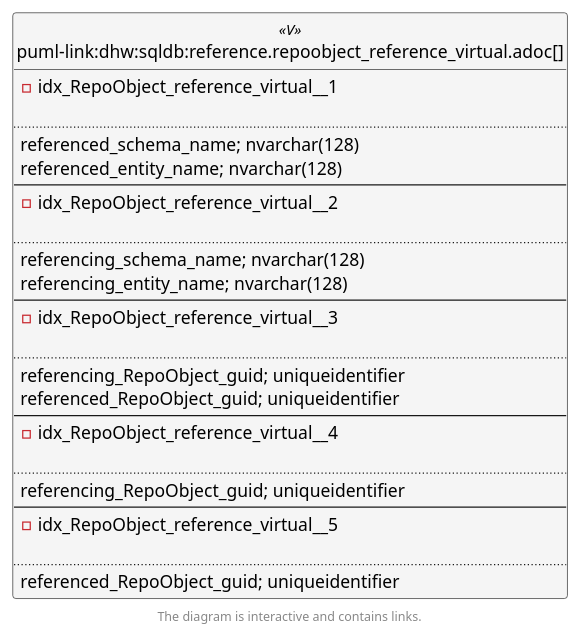
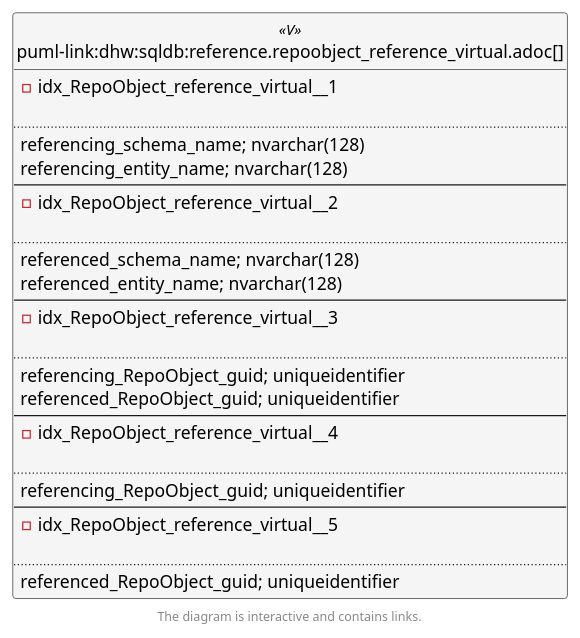
Before and after one commit to DataHandwerk/dhw-antora-sqldb: the second of 6 diagrams in docs/modules/sqldb/partials/content/reference.repoobject_reference_virtual.adoc, drawn with PlantUML. The commit also changed other lines of this file and 701 other files, not shown here.

```diff
--- a/docs/modules/sqldb/partials/content/reference.repoobject_reference_virtual.adoc
+++ b/docs/modules/sqldb/partials/content/reference.repoobject_reference_virtual.adoc
@@ -852,66 +852,66 @@
 [plantuml, entity_1_1_fk-{docname}, svg, subs=macros]
 ....
 @startuml
 left to right direction
 'top to bottom direction
 hide circle
 'avoide "." issues:
 set namespaceSeparator none
 
 
 skinparam class {
   BackgroundColor White
   BackgroundColor<<FN>> Yellow
   BackgroundColor<<FS>> Yellow
   BackgroundColor<<FT>> LightGray
   BackgroundColor<<IF>> Yellow
   BackgroundColor<<IS>> Yellow
   BackgroundColor<<P>>  Aqua
   BackgroundColor<<PC>> Aqua
   BackgroundColor<<SN>> Yellow
   BackgroundColor<<SO>> SlateBlue
   BackgroundColor<<TF>> LightGray
   BackgroundColor<<TR>> Tomato
   BackgroundColor<<U>>  White
   BackgroundColor<<V>>  WhiteSmoke
   BackgroundColor<<X>>  Aqua
   BackgroundColor<<external>> AliceBlue
 }
 
 
 entity "puml-link:dhw:sqldb:reference.repoobject_reference_virtual.adoc[]" as reference.RepoObject_reference_virtual << V >> {
 - idx_RepoObject_reference_virtual__1
 
 ..
-referenced_schema_name; nvarchar(128)
-referenced_entity_name; nvarchar(128)
+referencing_schema_name; nvarchar(128)
+referencing_entity_name; nvarchar(128)
 --
 - idx_RepoObject_reference_virtual__2
 
 ..
-referencing_schema_name; nvarchar(128)
-referencing_entity_name; nvarchar(128)
+referenced_schema_name; nvarchar(128)
+referenced_entity_name; nvarchar(128)
 --
 - idx_RepoObject_reference_virtual__3
 
 ..
 referencing_RepoObject_guid; uniqueidentifier
 referenced_RepoObject_guid; uniqueidentifier
 --
 - idx_RepoObject_reference_virtual__4
 
 ..
 referencing_RepoObject_guid; uniqueidentifier
 --
 - idx_RepoObject_reference_virtual__5
 
 ..
 referenced_RepoObject_guid; uniqueidentifier
 }
 
 
 
 footer The diagram is interactive and contains links.
 
 @enduml
 ....
```
